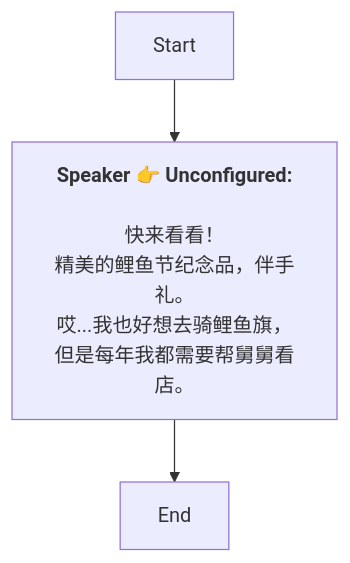
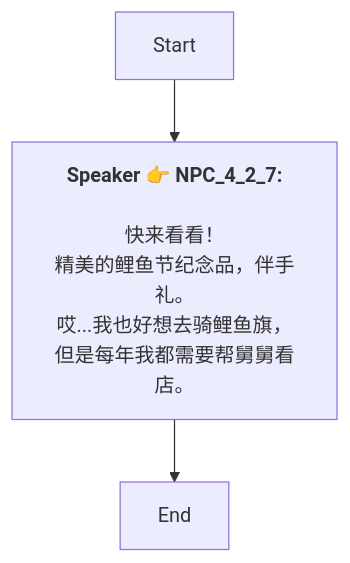
Before and after one commit to SoftHu/tos_avg: the diagram in Zh/Dialog_54729903689539.md, drawn with Mermaid. The commit also changed 737 other files, not shown here.

````diff
--- a/Zh/Dialog_54729903689539.md
+++ b/Zh/Dialog_54729903689539.md
@@ -1,11 +1,9 @@
 ```mermaid
 graph
-Start -->1751357100805687[<b>Speaker 👉 Unconfigured:</b>
-
-快来看看！
-精美的鲤鱼节纪念品，伴手礼。
-哎...我也好想去骑鲤鱼旗，
+Start -->1751357100805687[<b>Speaker 👉 NPC_4_2_7:</b>
+\n快来看看！
+精美的鲤鱼节纪念品，伴手礼。\n哎...我也好想去骑鲤鱼旗，
 但是每年我都需要帮舅舅看店。]
 1751357100805687 -->1751357097605686[End]
 
- ```
+```
````
